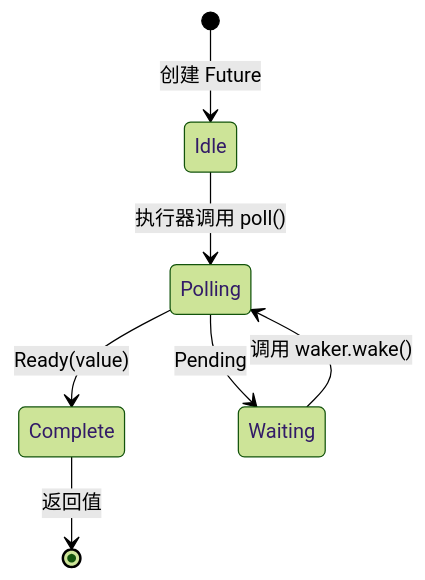
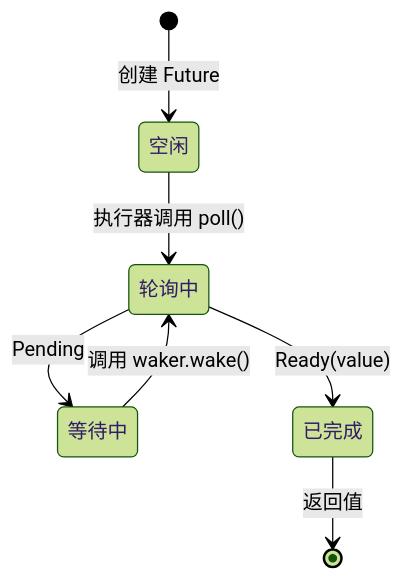
One commit to S-helios/RustTraining changed the diagram in async-book-zh/src/ch03-how-poll-works.md. Above: the diagram before and after it, drawn with Mermaid (forest theme). The commit also changed 15 other files, not shown here.

Commit message:
fix(docs): render translated diagrams and support themes

````diff
--- a/async-book-zh/src/ch03-how-poll-works.md
+++ b/async-book-zh/src/ch03-how-poll-works.md
@@ -13,9 +13,13 @@
 ```mermaid
 stateDiagram-v2
+    state "空闲" as Idle
+    state "轮询中" as Polling
+    state "等待中" as Waiting
+    state "已完成" as Complete
     [*] --> Idle : 创建 Future
     Idle --> Polling : 执行器调用 poll()
     Polling --> Complete : Ready(value)
     Polling --> Waiting : Pending
     Waiting --> Polling : 调用 waker.wake()
     Complete --> [*] : 返回值
 ```
````
